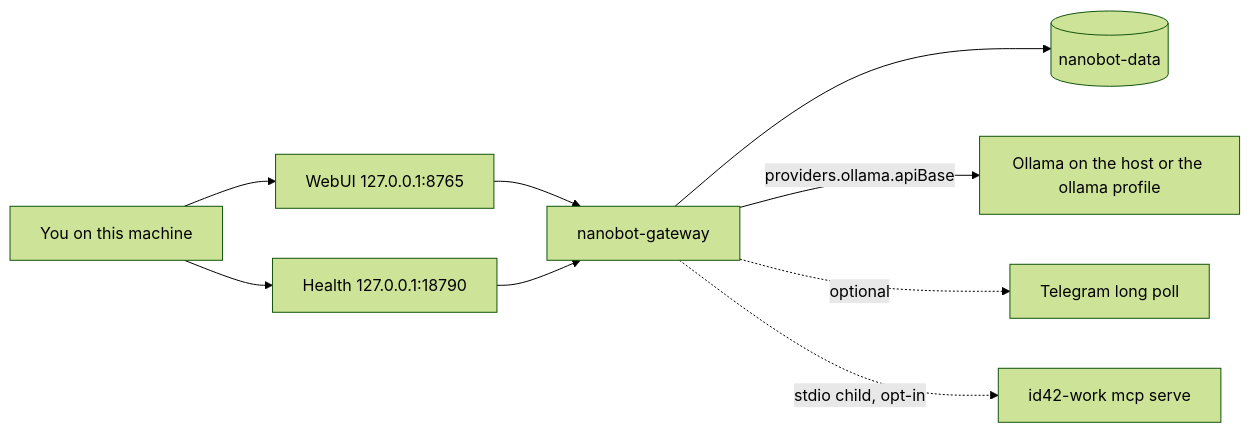
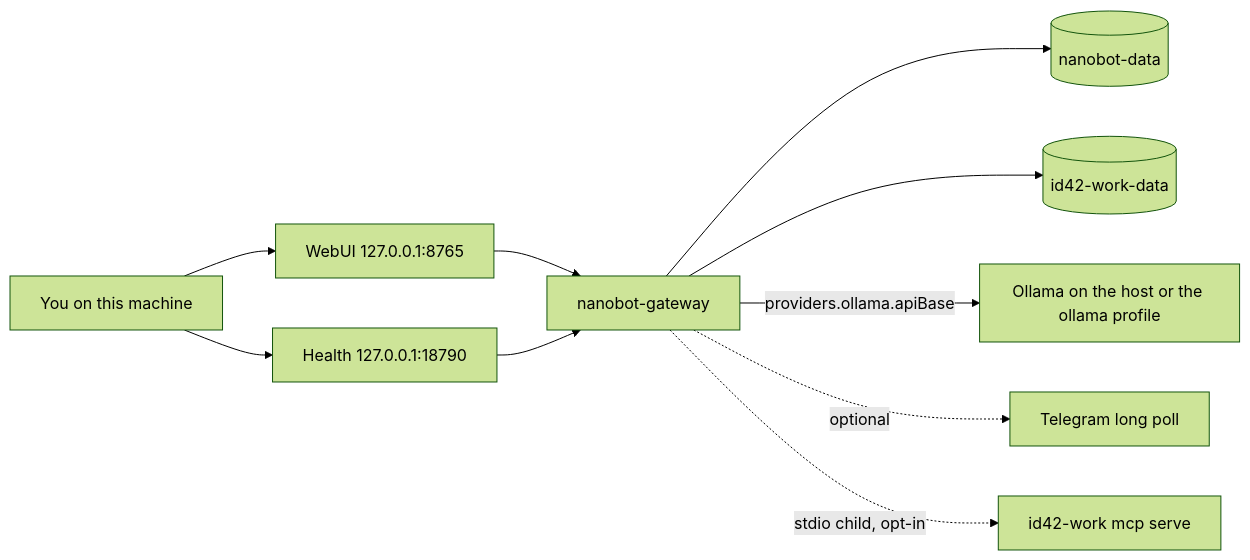
The diagram in docs/architecture.md (ID42Studio/id42-agent), drawn with Mermaid (forest theme) before and after one commit. The commit also changed other lines of this file and 22 other files, not shown here.

````diff
--- a/docs/architecture.md
+++ b/docs/architecture.md
@@ -3,19 +3,20 @@
 ```mermaid
 flowchart LR
   user[You on this machine]
   web[WebUI 127.0.0.1:8765]
   health[Health 127.0.0.1:18790]
   gateway[nanobot-gateway]
   volume[(nanobot-data)]
   ollama[Ollama on the host or the ollama profile]
   telegram[Telegram long poll]
 
   user --> web
   user --> health
   web --> gateway
   health --> gateway
   gateway --> volume
+  gateway --> workvol[(id42-work-data)]
   gateway -->|"providers.ollama.apiBase"| ollama
   gateway -.->|optional| telegram
   gateway -.->|"stdio child, opt-in"| work["id42-work mcp serve"]
 ```
````
